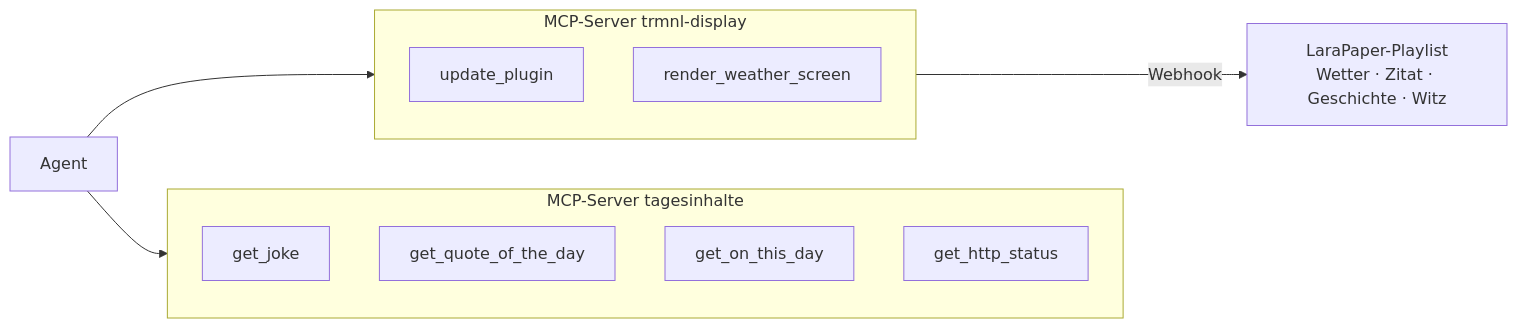
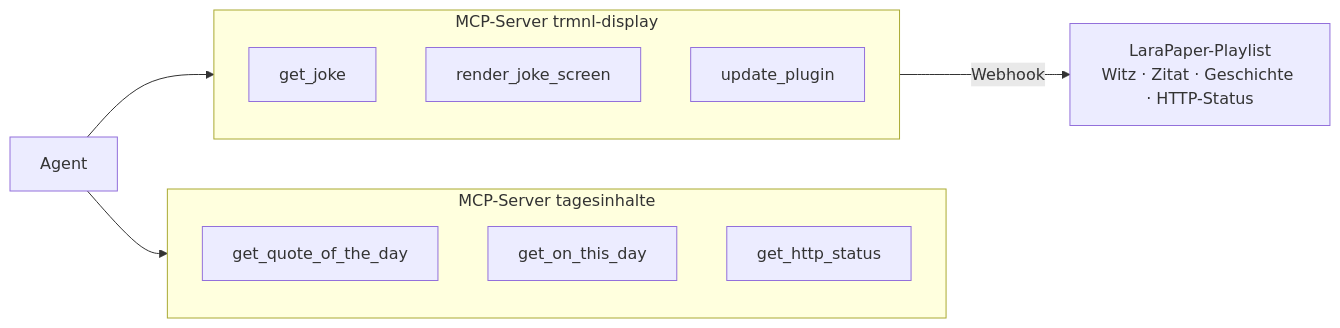
One commit to Stiriacus/TRMNL-MCP changed the second of 2 diagrams in docs-guide/05-api-zu-mcp.md. Above: the diagram before and after it, drawn with Mermaid. The commit also changed other lines of this file and 10 other files, not shown here.

First line of the commit message:
Guide: Beispielprojekt von Wetter auf JokeAPI umgestellt

````diff
--- a/docs-guide/05-api-zu-mcp.md
+++ b/docs-guide/05-api-zu-mcp.md
@@ -122,16 +123,16 @@
 ```mermaid
 flowchart LR
     subgraph S1 [MCP-Server tagesinhalte]
-        J[get_joke]
         Q[get_quote_of_the_day]
         O[get_on_this_day]
         HS[get_http_status]
     end
     subgraph S2 [MCP-Server trmnl-display]
+        J[get_joke]
+        R[render_joke_screen]
         U[update_plugin]
-        R[render_weather_screen]
     end
     AG[Agent] --> S1
     AG --> S2
-    S2 -->|Webhook| LP[LaraPaper-Playlist<br/>Wetter · Zitat · Geschichte · Witz]
+    S2 -->|Webhook| LP[LaraPaper-Playlist<br/>Witz · Zitat · Geschichte · HTTP-Status]
 ```
````
